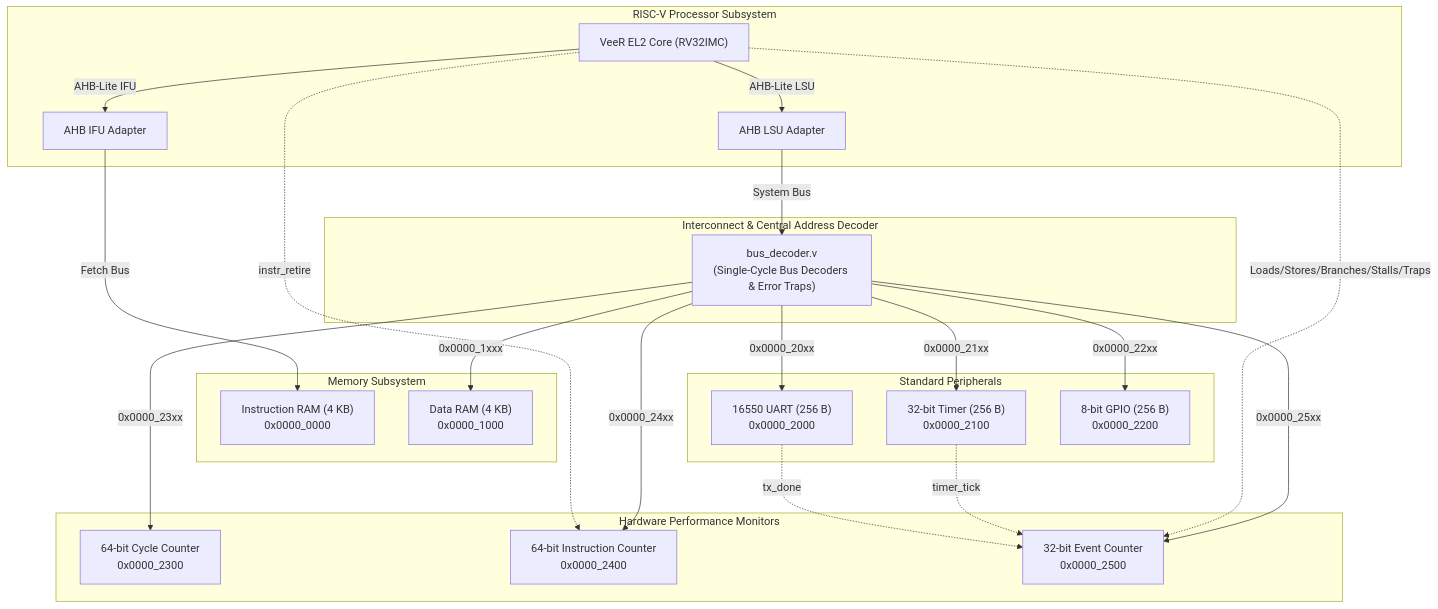
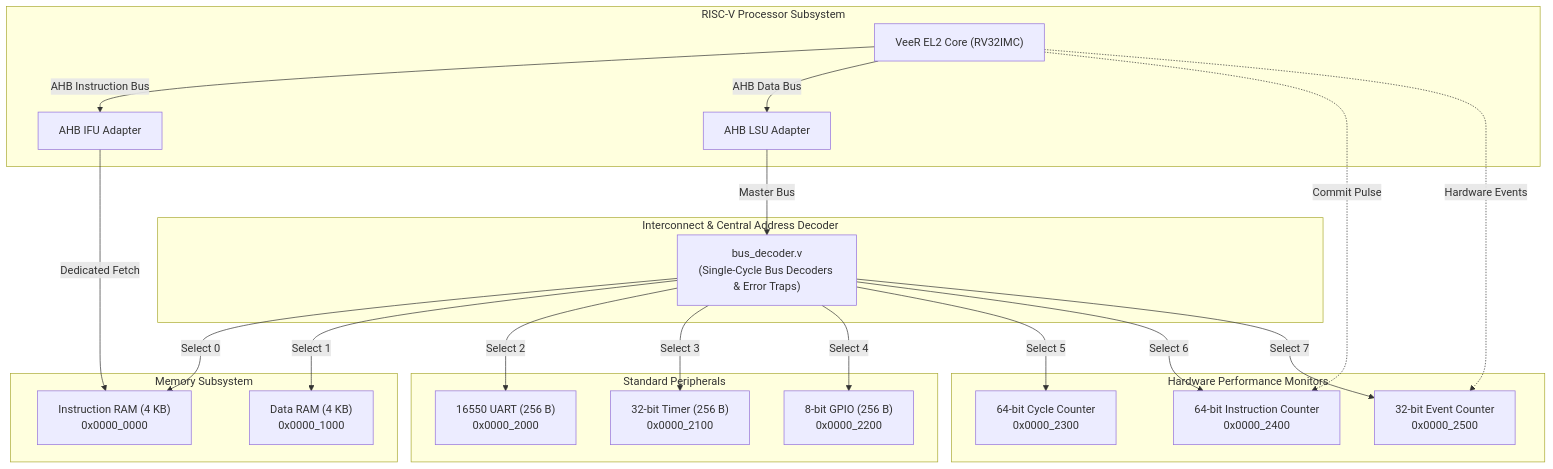
One commit to Shivanand2006/RISC-V-Based-SoC-for-Hardware-Performance-Monitoring-and-Event-Analysis changed the diagram in README.md. Above: the diagram before and after it, drawn with Mermaid. The commit also changed other lines of this file, not shown here.

````diff
--- a/README.md
+++ b/README.md
@@ -60,48 +175,47 @@
 ```mermaid
 flowchart TD
     subgraph CORE_COMPLEX ["RISC-V Processor Subsystem"]
         CPU["VeeR EL2 Core (RV32IMC)"]
         IFU_ADAPT["AHB IFU Adapter"]
         LSU_ADAPT["AHB LSU Adapter"]
     end
 
     subgraph BUS_FABRIC ["Interconnect & Central Address Decoder"]
         DECODER["bus_decoder.v<br/>(Single-Cycle Bus Decoders & Error Traps)"]
     end
 
     subgraph MEM_SUBSYSTEM ["Memory Subsystem"]
         IMEM["Instruction RAM (4 KB)<br/>0x0000_0000"]
         DMEM["Data RAM (4 KB)<br/>0x0000_1000"]
     end
 
     subgraph PERIPHERALS ["Standard Peripherals"]
         UART["16550 UART (256 B)<br/>0x0000_2000"]
         TIMER["32-bit Timer (256 B)<br/>0x0000_2100"]
         GPIO["8-bit GPIO (256 B)<br/>0x0000_2200"]
     end
 
     subgraph HPM_SUBSYSTEM ["Hardware Performance Monitors"]
         CYC["64-bit Cycle Counter<br/>0x0000_2300"]
         INS["64-bit Instruction Counter<br/>0x0000_2400"]
         EVT["32-bit Event Counter<br/>0x0000_2500"]
     end
 
-    CPU -->|AHB-Lite IFU| IFU_ADAPT
-    CPU -->|AHB-Lite LSU| LSU_ADAPT
+    CPU -->|AHB Instruction Bus| IFU_ADAPT
+    IFU_ADAPT -->|Dedicated Fetch| IMEM
 
-    IFU_ADAPT -->|Fetch Bus| IMEM
-    LSU_ADAPT -->|System Bus| DECODER
+    CPU -->|AHB Data Bus| LSU_ADAPT
+    LSU_ADAPT -->|Master Bus| DECODER
 
-    DECODER -->|0x0000_1xxx| DMEM
-    DECODER -->|0x0000_20xx| UART
-    DECODER -->|0x0000_21xx| TIMER
-    DECODER -->|0x0000_22xx| GPIO
-    DECODER -->|0x0000_23xx| CYC
-    DECODER -->|0x0000_24xx| INS
-    DECODER -->|0x0000_25xx| EVT
+    DECODER -->|Select 0| IMEM
+    DECODER -->|Select 1| DMEM
+    DECODER -->|Select 2| UART
+    DECODER -->|Select 3| TIMER
+    DECODER -->|Select 4| GPIO
+    DECODER -->|Select 5| CYC
+    DECODER -->|Select 6| INS
+    DECODER -->|Select 7| EVT
 
-    CPU -.->|instr_retire| INS
-    CPU -.->|Loads/Stores/Branches/Stalls/Traps| EVT
-    TIMER -.->|timer_tick| EVT
-    UART -.->|tx_done| EVT
+    CPU -.->|Commit Pulse| INS
+    CPU -.->|Hardware Events| EVT
 ```
````
